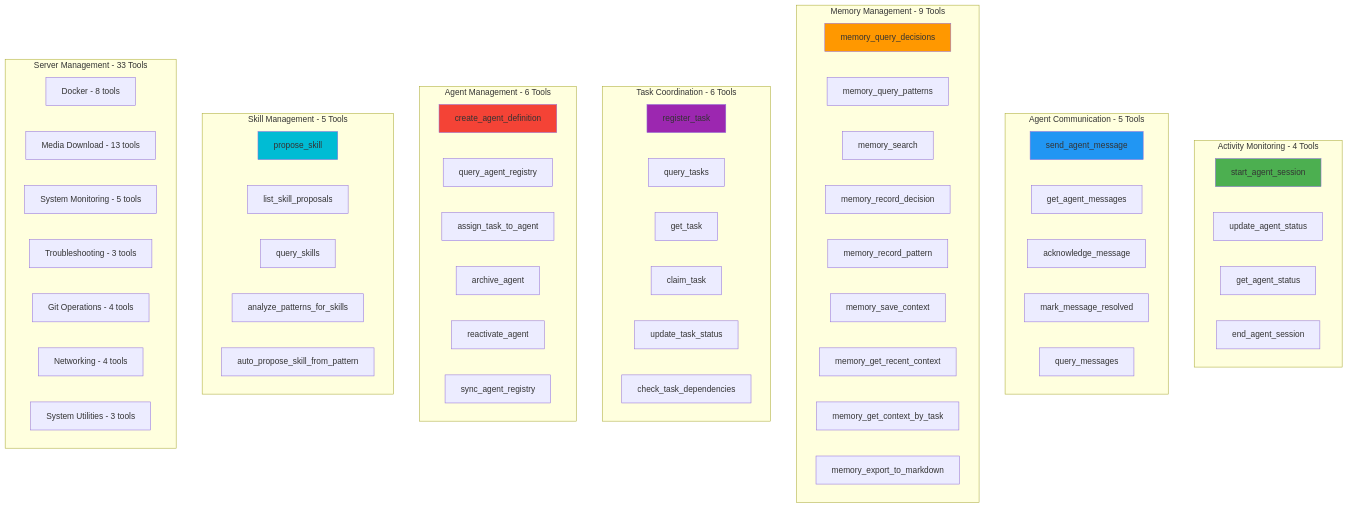
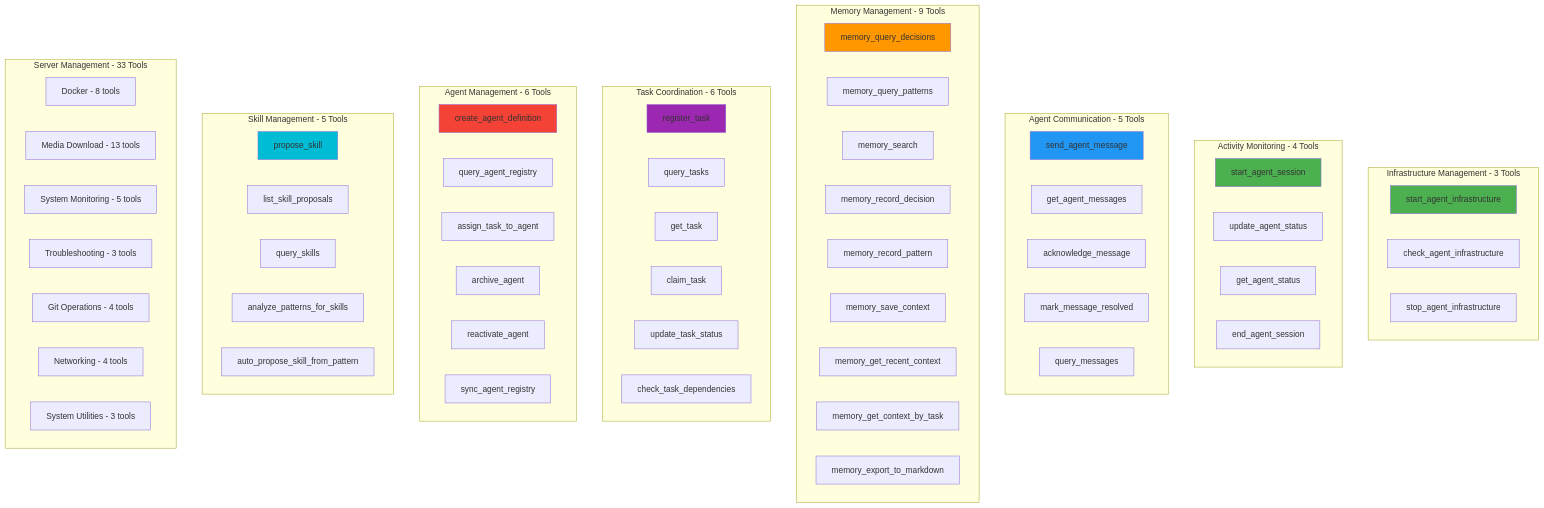
The fifth of 20 diagrams in agents/docs/COMPLETE_SYSTEM_VISUALIZATION.md (unarmedpuppy/homelab-ai), drawn with Mermaid before and after one commit. The commit also changed other lines of this file and 143 other files, not shown here.

````diff
--- a/agents/docs/COMPLETE_SYSTEM_VISUALIZATION.md
+++ b/agents/docs/COMPLETE_SYSTEM_VISUALIZATION.md
@@ -193,72 +229,79 @@
 ```mermaid
 graph TB
+    subgraph "Infrastructure Management - 3 Tools"
+        A0[start_agent_infrastructure]
+        A0_1[check_agent_infrastructure]
+        A0_2[stop_agent_infrastructure]
+    end
+    
     subgraph "Activity Monitoring - 4 Tools"
         A1[start_agent_session]
         A2[update_agent_status]
         A3[get_agent_status]
         A4[end_agent_session]
     end
     
     subgraph "Agent Communication - 5 Tools"
         B1[send_agent_message]
         B2[get_agent_messages]
         B3[acknowledge_message]
         B4[mark_message_resolved]
         B5[query_messages]
     end
     
     subgraph "Memory Management - 9 Tools"
         C1[memory_query_decisions]
         C2[memory_query_patterns]
         C3[memory_search]
         C4[memory_record_decision]
         C5[memory_record_pattern]
         C6[memory_save_context]
         C7[memory_get_recent_context]
         C8[memory_get_context_by_task]
         C9[memory_export_to_markdown]
     end
     
     subgraph "Task Coordination - 6 Tools"
         D1[register_task]
         D2[query_tasks]
         D3[get_task]
         D4[claim_task]
         D5[update_task_status]
         D6[check_task_dependencies]
     end
     
     subgraph "Agent Management - 6 Tools"
         E1[create_agent_definition]
         E2[query_agent_registry]
         E3[assign_task_to_agent]
         E4[archive_agent]
         E5[reactivate_agent]
         E6[sync_agent_registry]
     end
     
     subgraph "Skill Management - 5 Tools"
         F1[propose_skill]
         F2[list_skill_proposals]
         F3[query_skills]
         F4[analyze_patterns_for_skills]
         F5[auto_propose_skill_from_pattern]
     end
     
     subgraph "Server Management - 33 Tools"
         G1[Docker - 8 tools]
         G2[Media Download - 13 tools]
         G3[System Monitoring - 5 tools]
         G4[Troubleshooting - 3 tools]
         G5[Git Operations - 4 tools]
         G6[Networking - 4 tools]
         G7[System Utilities - 3 tools]
     end
     
+    style A0 fill:#4caf50
     style A1 fill:#4caf50
     style B1 fill:#2196f3
     style C1 fill:#ff9800
     style D1 fill:#9c27b0
     style E1 fill:#f44336
     style F1 fill:#00bcd4
 ```
````
